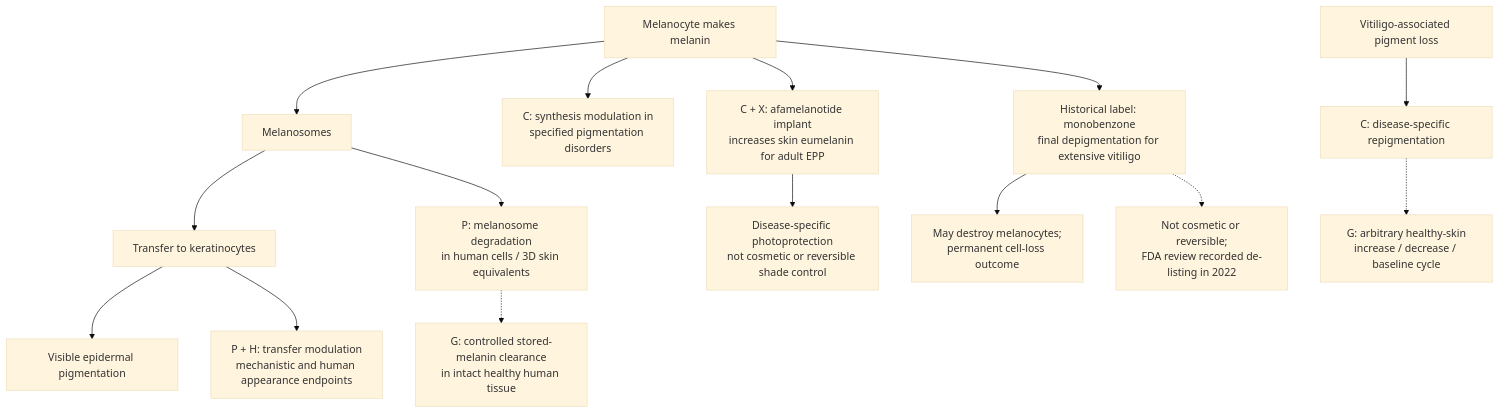
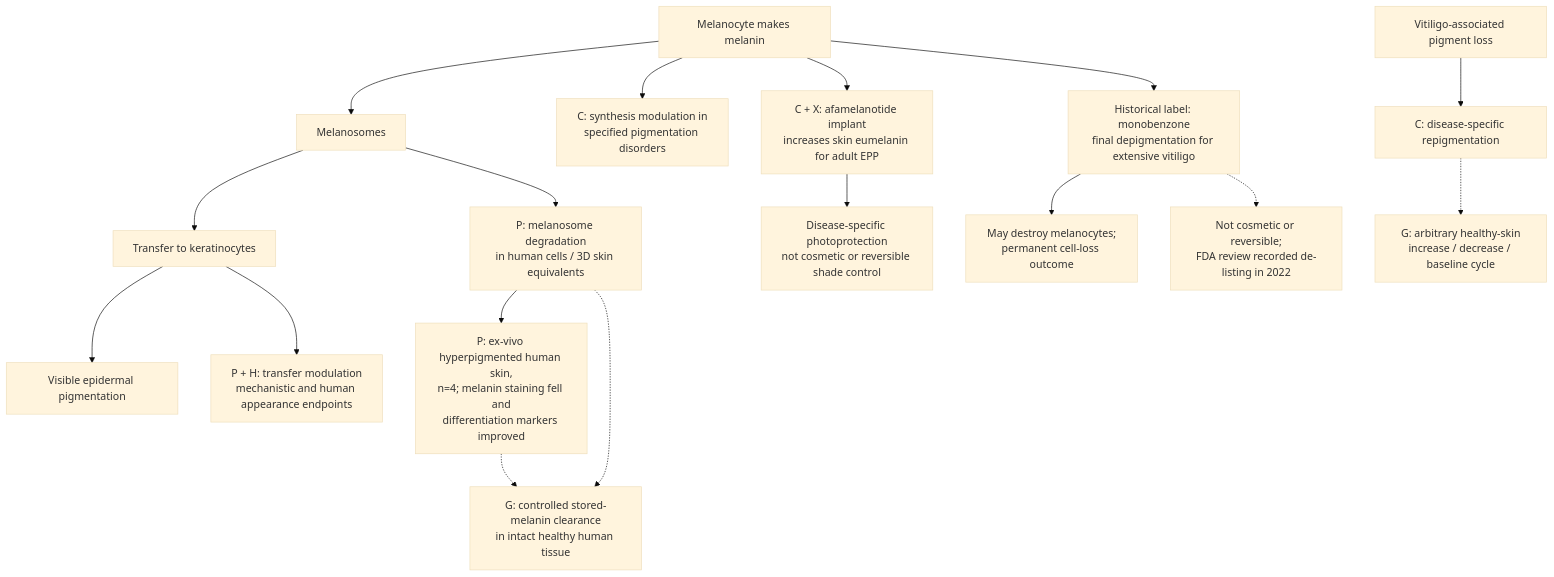
Before and after one commit to dylanstechmann/iris-color-without-contacts: the sixth of 35 diagrams in research/tissue-pigment-atlas.md, drawn with Mermaid (base theme). The commit also changed other lines of this file, not shown here.

Commit message:
Add ex-vivo human hyperpigmented skin autophagy evidence

````diff
--- a/research/tissue-pigment-atlas.md
+++ b/research/tissue-pigment-atlas.md
@@ -159,17 +159,19 @@
 ```mermaid
 flowchart TD
     M["Melanocyte makes melanin"] --> O["Melanosomes"]
     O --> K["Transfer to keratinocytes"]
     K --> V["Visible epidermal pigmentation"]
     M --> C["C: synthesis modulation in<br/>specified pigmentation disorders"]
     M --> E["C + X: afamelanotide implant<br/>increases skin eumelanin for adult EPP"]
     E --> E2["Disease-specific photoprotection<br/>not cosmetic or reversible shade control"]
     M --> Z["Historical label: monobenzone<br/>final depigmentation for extensive vitiligo"]
     Z --> Z1["May destroy melanocytes;<br/>permanent cell-loss outcome"]
     Z -.-> Z2["Not cosmetic or reversible;<br/>FDA review recorded de-listing in 2022"]
     K --> T["P + H: transfer modulation<br/>mechanistic and human appearance endpoints"]
     O --> P["P: melanosome degradation<br/>in human cells / 3D skin equivalents"]
+    P --> P2["P: ex-vivo hyperpigmented human skin,<br/>n=4; melanin staining fell and<br/>differentiation markers improved"]
     P -.-> R["G: controlled stored-melanin clearance<br/>in intact healthy human tissue"]
+    P2 -.-> R
     D["Vitiligo-associated pigment loss"] --> I["C: disease-specific repigmentation"]
     I -.-> W["G: arbitrary healthy-skin<br/>increase / decrease / baseline cycle"]
 ```
````
